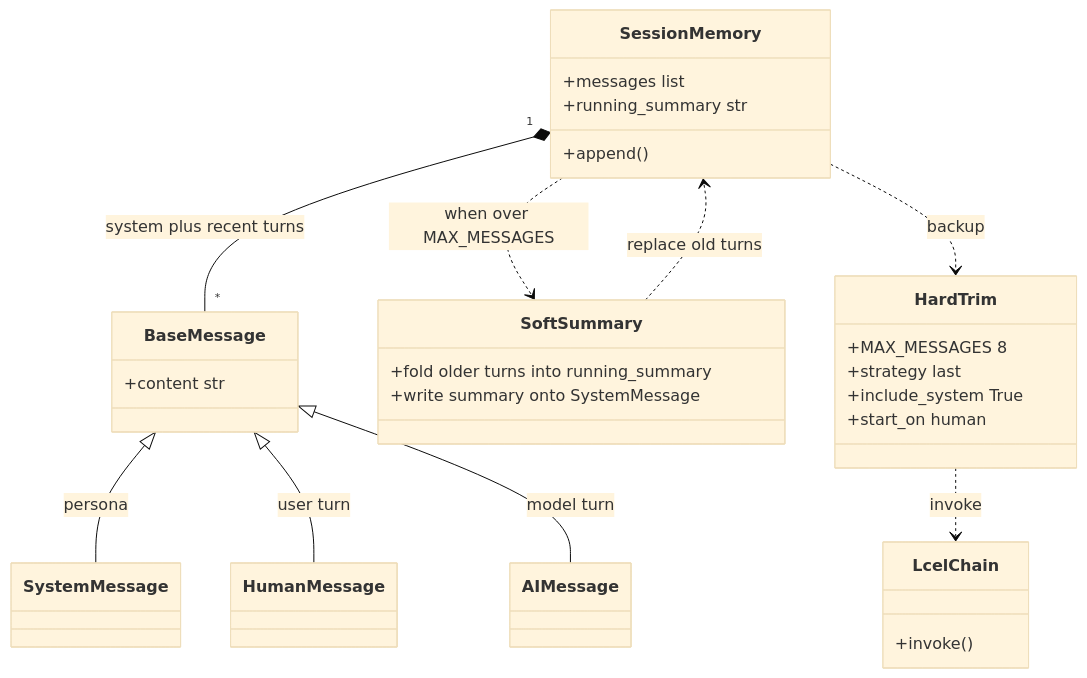
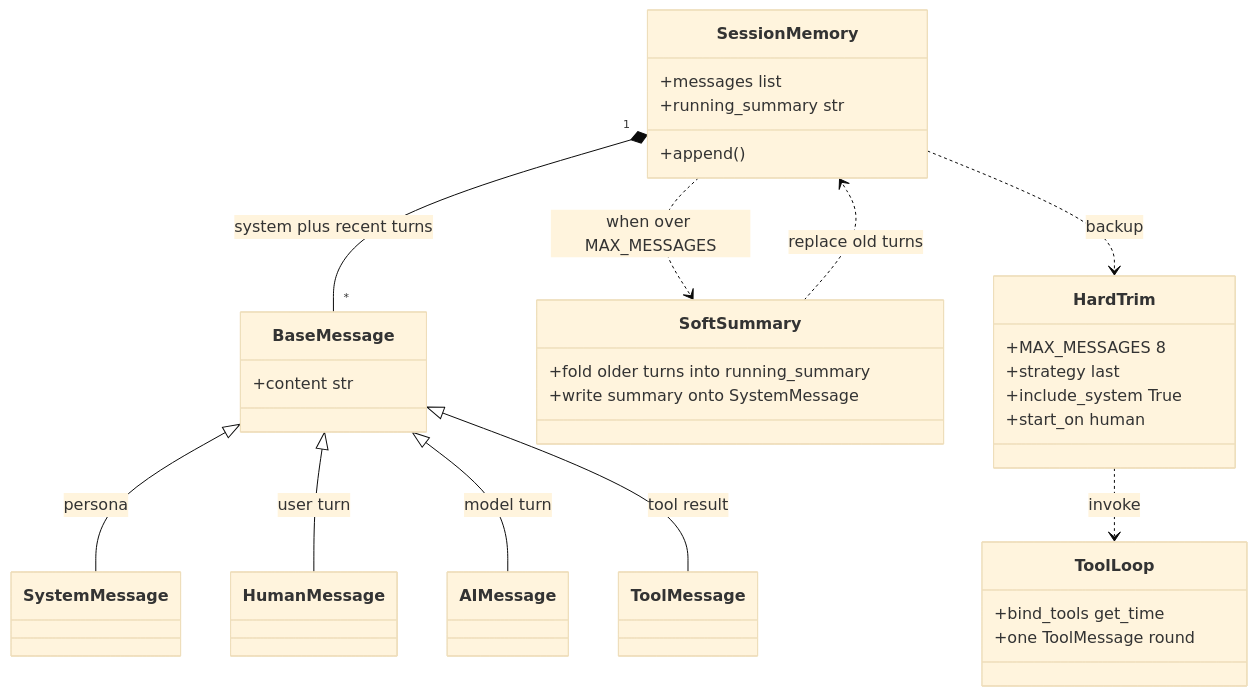
The first of 2 diagrams in study_notes.md (Marcussyl/langchain-first-chain), drawn with Mermaid (base theme) before and after one commit. The commit also changed other lines of this file and 2 other files, not shown here.

First line of the commit message:
feat: add get_time tool with a one-round ToolMessage loop

````diff
--- a/study_notes.md
+++ b/study_notes.md
@@ -162,34 +162,36 @@
 ```mermaid
 classDiagram
     class BaseMessage {
         +content str
     }
     BaseMessage <|-- SystemMessage : persona
     BaseMessage <|-- HumanMessage : user turn
     BaseMessage <|-- AIMessage : model turn
+    BaseMessage <|-- ToolMessage : tool result
 
     class SessionMemory {
         +messages list
         +running_summary str
         +append()
     }
     SessionMemory "1" *-- "*" BaseMessage : system plus recent turns
 
     class SoftSummary {
         +fold older turns into running_summary
         +write summary onto SystemMessage
     }
     class HardTrim {
         +MAX_MESSAGES 8
         +strategy last
         +include_system True
         +start_on human
     }
-    class LcelChain {
-        +invoke()
+    class ToolLoop {
+        +bind_tools get_time
+        +one ToolMessage round
     }
     SessionMemory ..> SoftSummary : when over MAX_MESSAGES
     SoftSummary ..> SessionMemory : replace old turns
     SessionMemory ..> HardTrim : backup
-    HardTrim ..> LcelChain : invoke
+    HardTrim ..> ToolLoop : invoke
 ```
````
